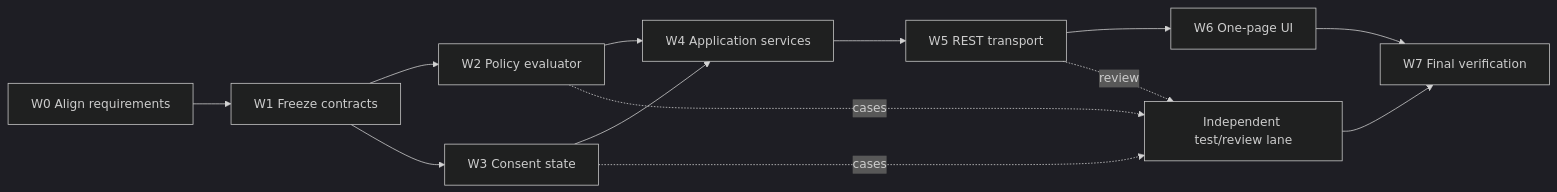
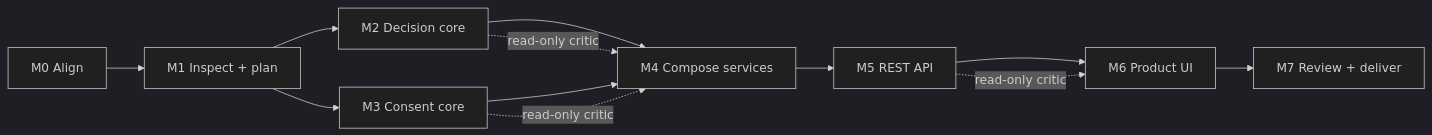
Before and after one commit to licaomeng/consent-gate: the sixth of 8 diagrams in INTERVIEW_SPEC.md, drawn with Mermaid (dark theme). The commit also changed other lines of this file and 3 other files, not shown here.

````diff
--- a/INTERVIEW_SPEC.md
+++ b/INTERVIEW_SPEC.md
@@ -268,25 +273,21 @@
 ```mermaid
 flowchart LR
-    W0[W0 Align requirements]
-    W1[W1 Freeze contracts]
-    W2[W2 Policy evaluator]
-    W3[W3 Consent state]
-    W4[W4 Application services]
-    W5[W5 REST transport]
-    W6[W6 One-page UI]
-    W7[W7 Final verification]
-    T[Independent test/review lane]
+    M0[M0 Align]
+    M1[M1 Inspect + plan]
+    M2[M2 Decision core]
+    M3[M3 Consent core]
+    M4[M4 Compose services]
+    M5[M5 REST API]
+    M6[M6 Product UI]
+    M7[M7 Review + deliver]
 
-    W0 --> W1
-    W1 --> W2
-    W1 --> W3
-    W2 --> W4
-    W3 --> W4
-    W4 --> W5
-    W5 --> W6
-    W2 -. cases .-> T
-    W3 -. cases .-> T
-    W5 -. review .-> T
-    W6 --> W7
-    T --> W7
+    M0 --> M1
+    M1 --> M2
+    M1 --> M3
+    M2 --> M4
+    M3 --> M4
+    M4 --> M5 --> M6 --> M7
+    M2 -. read-only critic .-> M4
+    M3 -. read-only critic .-> M4
+    M5 -. read-only critic .-> M6
 ```
````
